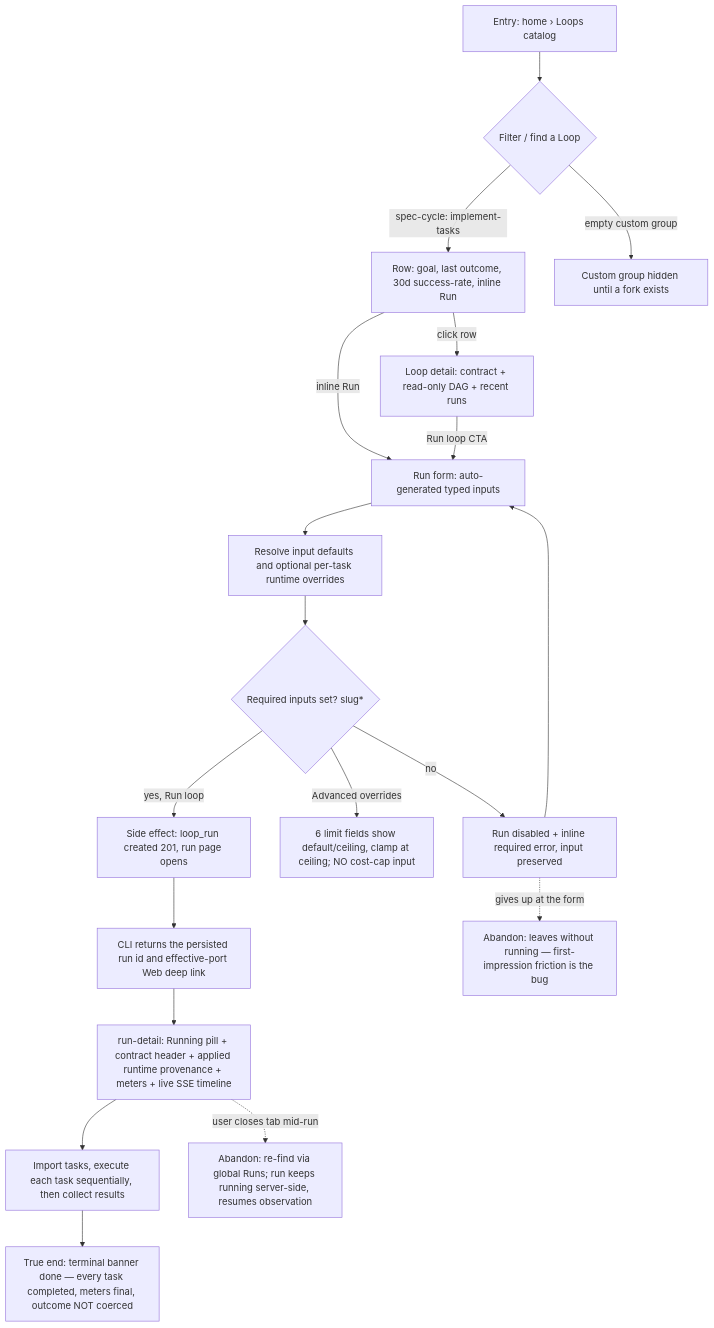
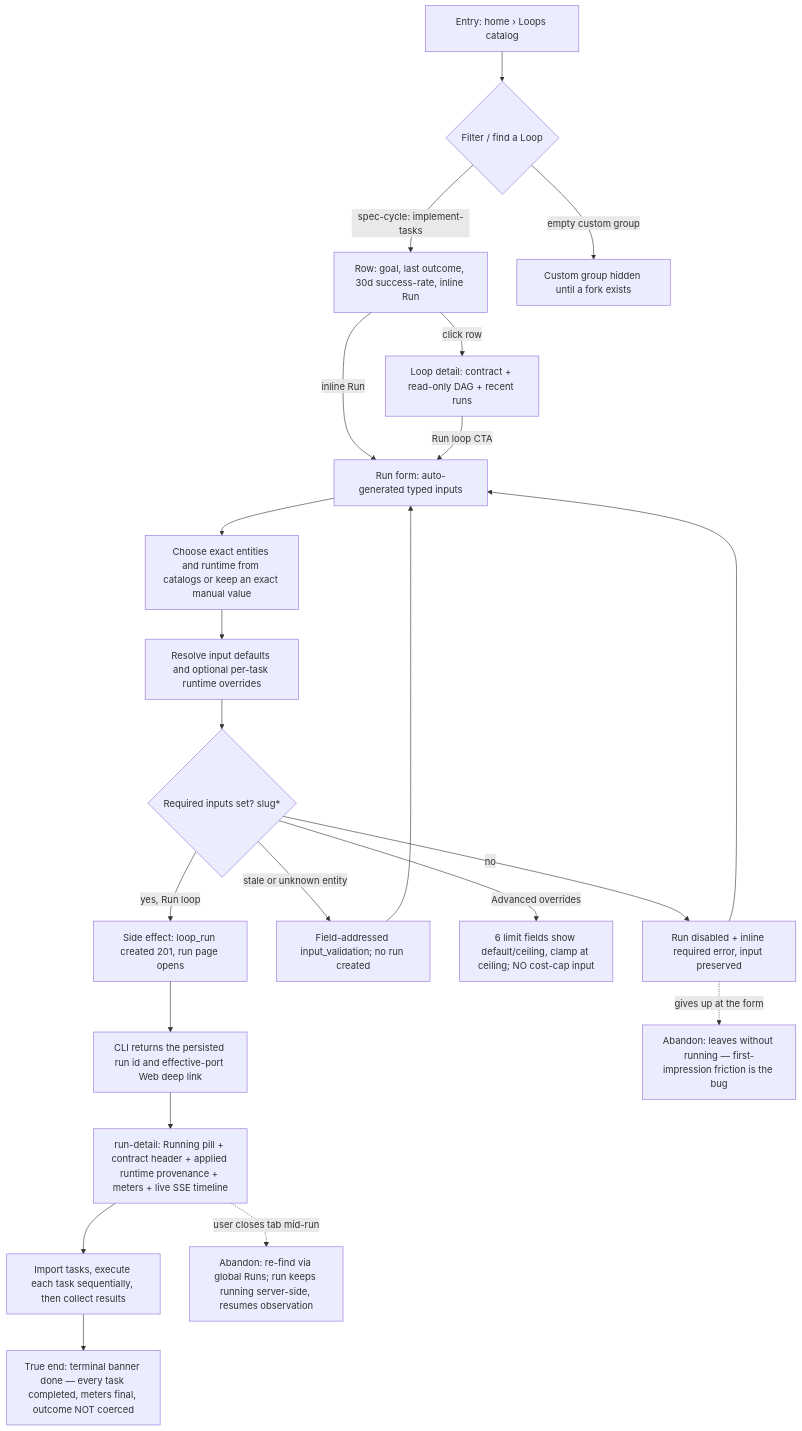
The diagram in docs/qa/journeys/J-01-arrive-and-use-run.md (compozy/compozy), drawn with Mermaid before and after one commit. The commit also changed other lines of this file and 781 other files, not shown here.

First line of the commit message:
feat: complete Loop graph engineering and typed inputs (#427)

````diff
--- a/docs/qa/journeys/J-01-arrive-and-use-run.md
+++ b/docs/qa/journeys/J-01-arrive-and-use-run.md
@@ -9,21 +9,25 @@
 ```mermaid
 flowchart TD
     A[Entry: home › Loops catalog] --> B{Filter / find a Loop}
     B -->|spec-cycle: implement-tasks| C[Row: goal, last outcome, 30d success-rate, inline Run]
     B -->|empty custom group| B2[Custom group hidden until a fork exists]
     C -->|click row| D[Loop detail: contract + read-only DAG + recent runs]
     C -->|inline Run| E[Run form: auto-generated typed inputs]
     D -->|Run loop CTA| E
-    E --> R[Resolve input defaults and optional per-task runtime overrides]
+    E --> E2[Choose exact entities and runtime from catalogs or keep an exact manual value]
+    E2 --> R
+    R[Resolve input defaults and optional per-task runtime overrides]
     R --> F{Required inputs set? slug*}
     F -->|no| F2[Run disabled + inline required error, input preserved]
     F2 --> E
+    F -->|stale or unknown entity| F3[Field-addressed input_validation; no run created]
+    F3 --> E
     F -->|Advanced overrides| G[6 limit fields show default/ceiling, clamp at ceiling; NO cost-cap input]
     F -->|yes, Run loop| H[Side effect: loop_run created 201, run page opens]
     H --> H2[CLI returns the persisted run id and effective-port Web deep link]
     H2 --> I[run-detail: Running pill + contract header + applied runtime provenance + meters + live SSE timeline]
     I --> J[Import tasks, execute each task sequentially, then collect results]
     J --> K[True end: terminal banner done — every task completed, meters final, outcome NOT coerced]
     I -.->|user closes tab mid-run| X1[Abandon: re-find via global Runs; run keeps running server-side, resumes observation]
     F2 -.->|gives up at the form| X2[Abandon: leaves without running — first-impression friction is the bug]
 ```
````
